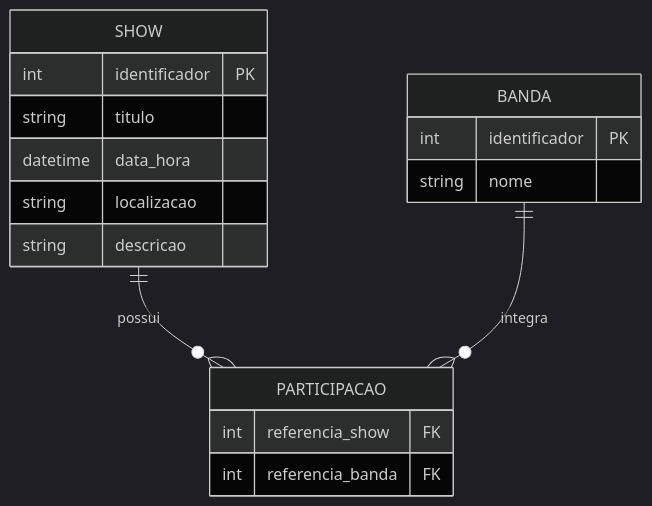
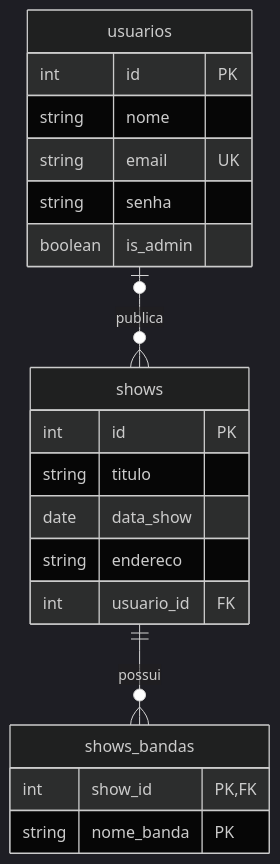
The first of 3 diagrams in readme.md (nicolas-damada/scene-band_hub), drawn with Mermaid (dark theme) before and after one commit. The commit also changed other lines of this file and 1 other file, not shown here.

````diff
--- a/readme.md
+++ b/readme.md
@@ -225,20 +253,23 @@
 ```mermaid
 erDiagram
-    SHOW ||--o{ PARTICIPACAO : possui
-    BANDA ||--o{ PARTICIPACAO : integra
-    SHOW {
-        int identificador PK
+    usuarios |o--o{ shows : publica
+    shows ||--o{ shows_bandas : possui
+    usuarios {
+        int id PK
+        string nome
+        string email UK
+        string senha
+        boolean is_admin
+    }
+    shows {
+        int id PK
         string titulo
-        datetime data_hora
-        string localizacao
-        string descricao
+        date data_show
+        string endereco
+        int usuario_id FK
     }
-    BANDA {
-        int identificador PK
-        string nome
-    }
-    PARTICIPACAO {
-        int referencia_show FK
-        int referencia_banda FK
+    shows_bandas {
+        int show_id PK, FK
+        string nome_banda PK
     }
 ```
````
